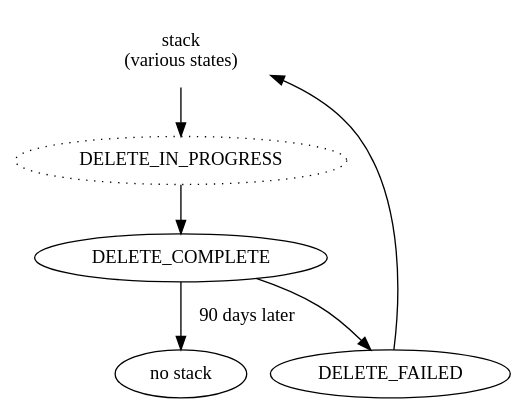
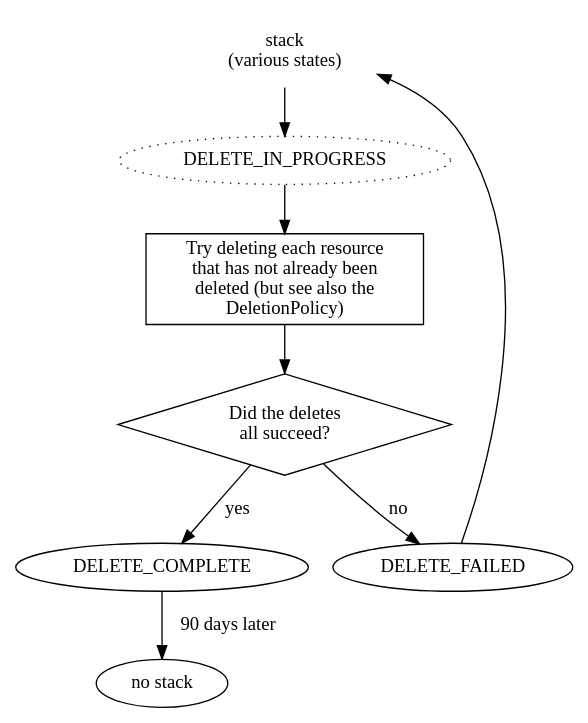
Before and after one commit to rvedotrc/aws-cloudformation-stack-states: the diagram in delete-stack.dot, drawn with Graphviz. The commit also changed 1 other file, not shown here.

Commit message:
Fix glaring error in "delete-stack" diagram

```diff
--- a/delete-stack.dot
+++ b/delete-stack.dot
@@ -1,17 +1,21 @@
 digraph delete_stack {
 
   after_existence [ layer="happy" label="no stack" ]
 
   deletable_stack [ label="stack\n(various states)" color="transparent" ]
 
   DELETE_COMPLETE [ layer="happy" ]
   DELETE_FAILED [ layer="sad" ]
   DELETE_IN_PROGRESS [ layer="happy" style=dotted ]
 
-  deletable_stack -> DELETE_IN_PROGRESS -> DELETE_COMPLETE -> DELETE_FAILED
+  deletable_stack -> DELETE_IN_PROGRESS -> try_delete -> check_delete
+  try_delete [ shape="rect" label="Try deleting each resource\nthat has not already been\ndeleted (but see also the\nDeletionPolicy)" ]
+  check_delete [ shape="diamond" label="Did the deletes\nall succeed?" ]
+  check_delete -> DELETE_COMPLETE [ label="yes" ]
+  check_delete -> DELETE_FAILED [ label="no" ]
+
   DELETE_FAILED -> deletable_stack [ constraint="false" ]
-
   DELETE_COMPLETE -> after_existence [ label=" 90 days later" ]
 
 }
 // # vi: set sw=2 et ai :
```
